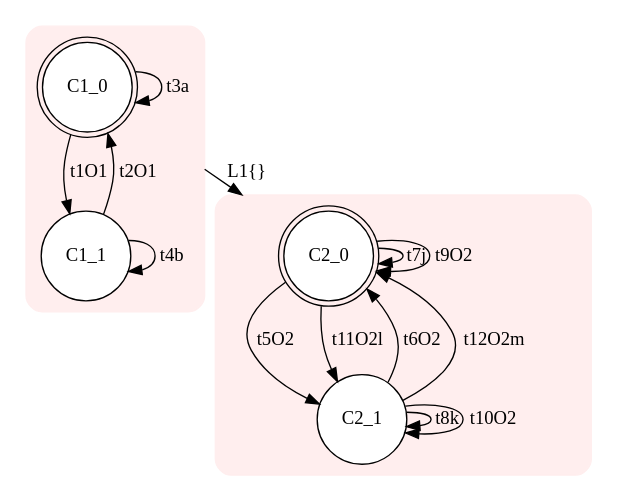
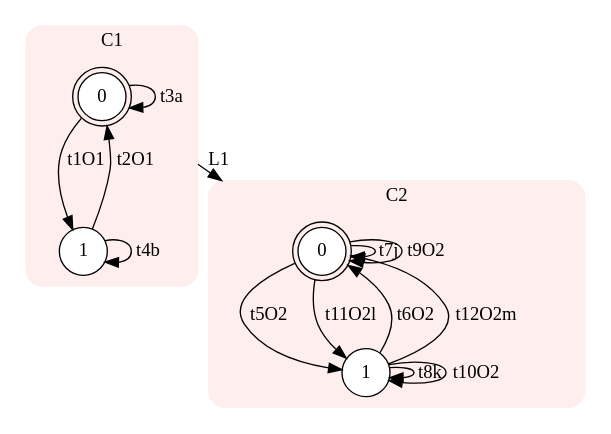
Before and after one commit to Stefano-BS/Explanatory-Diagnosis: the diagram in input/s2.dot, drawn with Graphviz. The commit also changed 40 other files, not shown here.

```diff
--- a/input/s2.dot
+++ b/input/s2.dot
@@ -1,24 +1,26 @@
 digraph "input/s2" {
 node [style=filled fillcolor=white] compound=true
+subgraph cluster0 {
+style="rounded,filled" label="C1" color="#FFEEEE"node [shape=doublecircle]; C0s0 [label=0];
+node [shape=circle];
+C0s1 [label=1]; 
+C0s0 -> C0s1 [label="t1O1"];
+C0s1 -> C0s0 [label="t2O1"];
+C0s0 -> C0s0 [label="t3a"];
+C0s1 -> C0s1 [label="t4b"];
+}
 subgraph cluster1 {
-style="rounded,filled" color="#FFEEEE"node [shape=doublecircle]; C1_0;
+style="rounded,filled" label="C2" color="#FFEEEE"node [shape=doublecircle]; C1s0 [label=0];
 node [shape=circle];
-C1_0 -> C1_1 [label="t1O1"];
-C1_1 -> C1_0 [label="t2O1"];
-C1_0 -> C1_0 [label="t3a"];
-C1_1 -> C1_1 [label="t4b"];
+C1s1 [label=1]; 
+C1s0 -> C1s1 [label="t5O2"];
+C1s1 -> C1s0 [label="t6O2"];
+C1s0 -> C1s0 [label="t7j"];
+C1s1 -> C1s1 [label="t8k"];
+C1s0 -> C1s0 [label="t9O2"];
+C1s1 -> C1s1 [label="t10O2"];
+C1s0 -> C1s1 [label="t11O2l"];
+C1s1 -> C1s0 [label="t12O2m"];
 }
-subgraph cluster2 {
-style="rounded,filled" color="#FFEEEE"node [shape=doublecircle]; C2_0;
-node [shape=circle];
-C2_0 -> C2_1 [label="t5O2"];
-C2_1 -> C2_0 [label="t6O2"];
-C2_0 -> C2_0 [label="t7j"];
-C2_1 -> C2_1 [label="t8k"];
-C2_0 -> C2_0 [label="t9O2"];
-C2_1 -> C2_1 [label="t10O2"];
-C2_0 -> C2_1 [label="t11O2l"];
-C2_1 -> C2_0 [label="t12O2m"];
+C0s0 -> C1s0 [ltail=cluster0 lhead=cluster1 label="L1"];
 }
-C1_0 -> C2_0 [ltail=cluster1 lhead=cluster2 label="L1{}"];
-}
```
